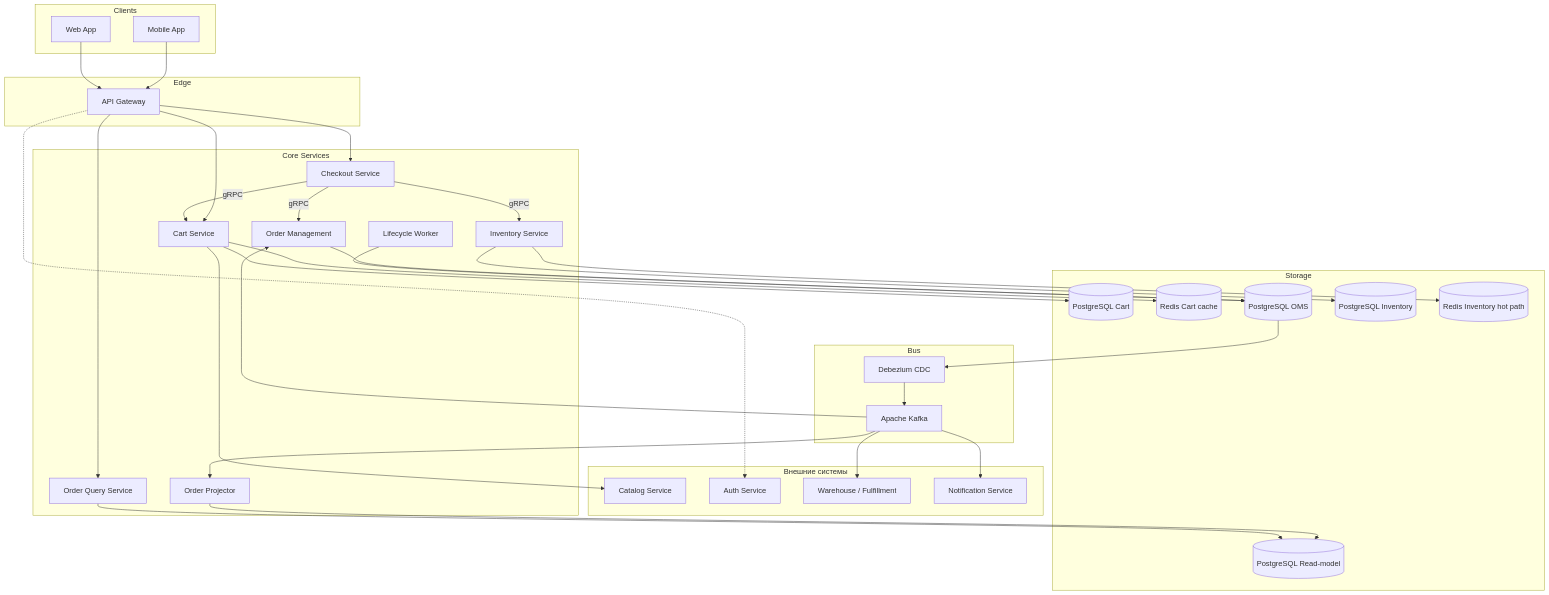
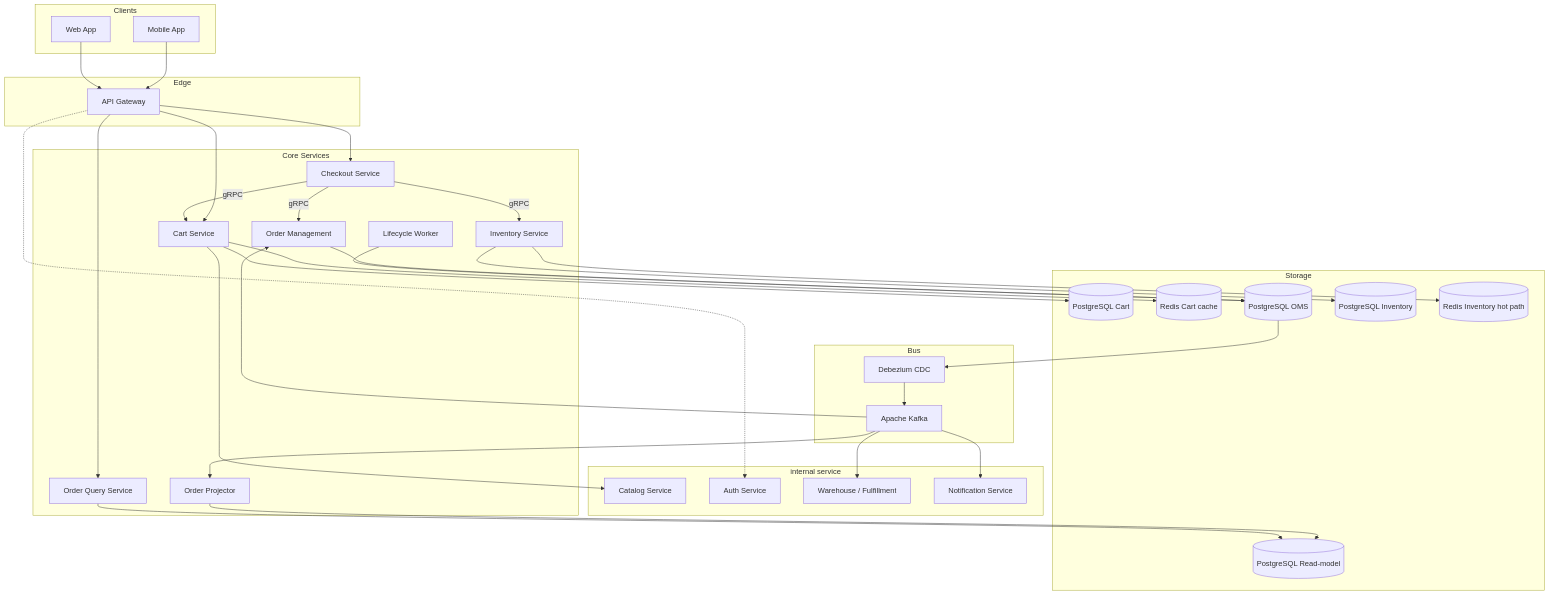
One commit to Unbiscuit/dev_sol changed the fifth of 10 diagrams in marketplace-order-solution.md. Above: the diagram before and after it, drawn with Mermaid.

````diff
--- a/marketplace-order-solution.md
+++ b/marketplace-order-solution.md
@@ -352,74 +352,74 @@
 ```mermaid
 graph TB
     subgraph Clients
         Mobile[Mobile App]
         Web[Web App]
     end
 
-    subgraph External["Внешние системы"]
+    subgraph External["internal service"]
         Catalog[Catalog Service]
         Auth[Auth Service]
         Warehouse[Warehouse / Fulfillment]
         Notify[Notification Service]
     end
 
     subgraph Edge
         Gateway[API Gateway]
     end
 
     subgraph CoreServices["Core Services"]
         Cart[Cart Service]
         Checkout[Checkout Service]
         OMS[Order Management]
         Inventory[Inventory Service]
         QueryAPI[Order Query Service]
         Projector[Order Projector]
         Worker[Lifecycle Worker]
     end
 
     subgraph Storage
         Cart_DB[(PostgreSQL Cart)]
         Cart_Redis[(Redis Cart cache)]
         OMS_DB[(PostgreSQL OMS)]
         Read_DB[(PostgreSQL Read-model)]
         Inv_DB[(PostgreSQL Inventory)]
         Inv_Redis[(Redis Inventory hot path)]
     end
 
     subgraph Bus
         Kafka[Apache Kafka]
         Debezium[Debezium CDC]
     end
 
     Mobile --> Gateway
     Web --> Gateway
     Gateway -.-> Auth
     Gateway --> Cart
     Gateway --> Checkout
     Gateway --> QueryAPI
 
     Cart --> Cart_DB
     Cart --> Cart_Redis
     Cart --> Catalog
 
     Checkout -- gRPC --> Cart
     Checkout -- gRPC --> Inventory
     Checkout -- gRPC --> OMS
 
     OMS --> OMS_DB
     Inventory --> Inv_DB
     Inventory --> Inv_Redis
 
     OMS_DB --> Debezium
     Debezium --> Kafka
 
     Kafka --> OMS
     Kafka --> Projector
     Kafka --> Notify
     Kafka --> Warehouse
 
     Projector --> Read_DB
     QueryAPI --> Read_DB
 
     Worker --> OMS_DB
 ```
````
